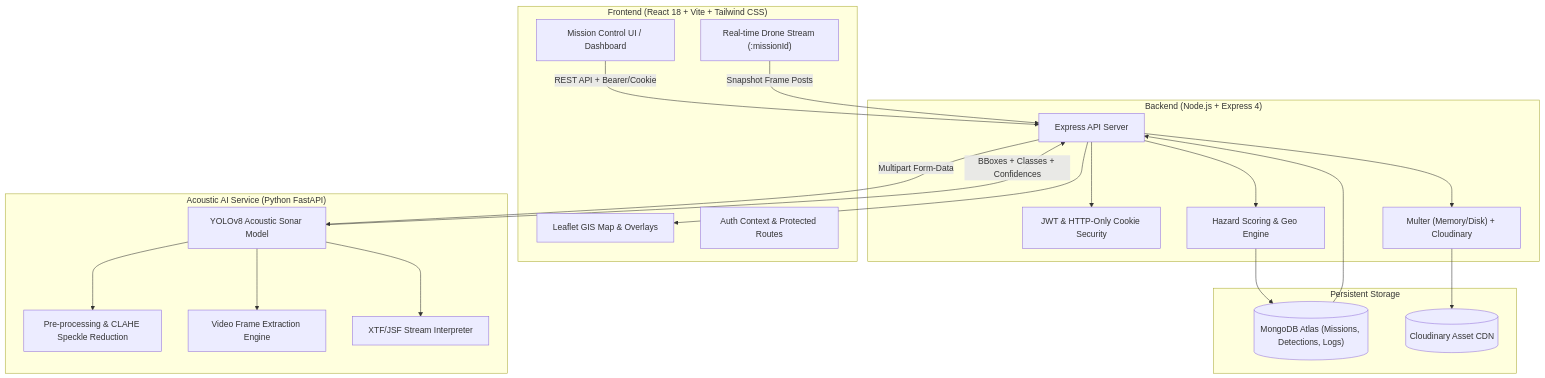
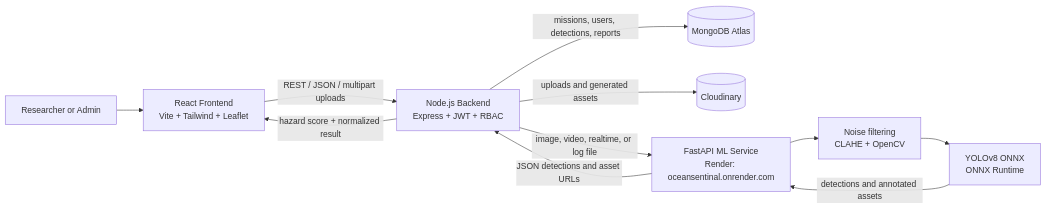
One commit to lalitchandra00/OceanSentinal changed the diagram in README.md. Above: the diagram before and after it, drawn with Mermaid. The commit also changed other lines of this file and 1 other file, not shown here.

Commit message:
readme update

````diff
--- a/README.md
+++ b/README.md
@@ -83,43 +83,15 @@
 ```mermaid
-flowchart TD
-    subgraph Client ["Frontend (React 18 + Vite + Tailwind CSS)"]
-        UI["Mission Control UI / Dashboard"]
-        RealtimeUI["Real-time Drone Stream (:missionId)"]
-        Map["Leaflet GIS Map & Overlays"]
-        AuthContext["Auth Context & Protected Routes"]
-    end
+flowchart LR
+  User["Researcher or Admin"] --> Web["React Frontend\nVite + Tailwind + Leaflet"]
+  Web -->|REST / JSON / multipart uploads| API["Node.js Backend\nExpress + JWT + RBAC"]
 
-    subgraph Gateway ["Backend (Node.js + Express 4)"]
-        API["Express API Server"]
-        AuthMid["JWT & HTTP-Only Cookie Security"]
-        UploadMid["Multer (Memory/Disk) + Cloudinary"]
-        HazardEng["Hazard Scoring & Geo Engine"]
-    end
+  API -->|missions, users, detections, reports| Mongo[("MongoDB Atlas")]
+  API -->|uploads and generated assets| CDN[("Cloudinary")]
+  API -->|image, video, realtime, or log file| AI["FastAPI ML Service\nRender: oceansentinal.onrender.com"]
 
-    subgraph AI_Cluster ["Acoustic AI Service (Python FastAPI)"]
-        YOLO["YOLOv8 Acoustic Sonar Model"]
-        ImgProc["Pre-processing & CLAHE Speckle Reduction"]
-        VideoSampler["Video Frame Extraction Engine"]
-        LogParser["XTF/JSF Stream Interpreter"]
-    end
-
-    subgraph Storage ["Persistent Storage"]
-        Mongo[("MongoDB Atlas (Missions, Detections, Logs)")]
-        Cloudinary[("Cloudinary Asset CDN")]
-    end
-
-    UI -->|REST API + Bearer/Cookie| API
-    RealtimeUI -->|Snapshot Frame Posts| API
-    API --> AuthMid
-    API --> UploadMid
-    UploadMid --> Cloudinary
-    API -->|Multipart Form-Data| YOLO
-    YOLO --> ImgProc
-    YOLO --> VideoSampler
-    YOLO --> LogParser
-    YOLO -->|BBoxes + Classes + Confidences| API
-    API --> HazardEng
-    HazardEng --> Mongo
-    Mongo --> API
-    API --> Map
+  AI --> Preprocess["Noise filtering\nCLAHE + OpenCV"]
+  Preprocess --> Model["YOLOv8 ONNX\nONNX Runtime"]
+  Model -->|detections and annotated assets| AI
+  AI -->|JSON detections and asset URLs| API
+  API -->|hazard score + normalized result| Web
 ```
````
